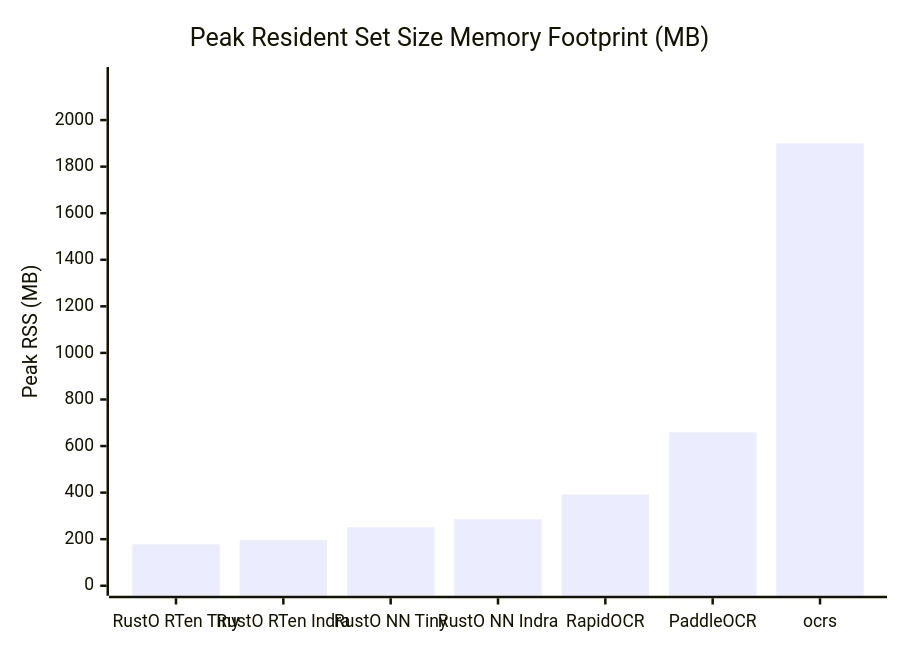
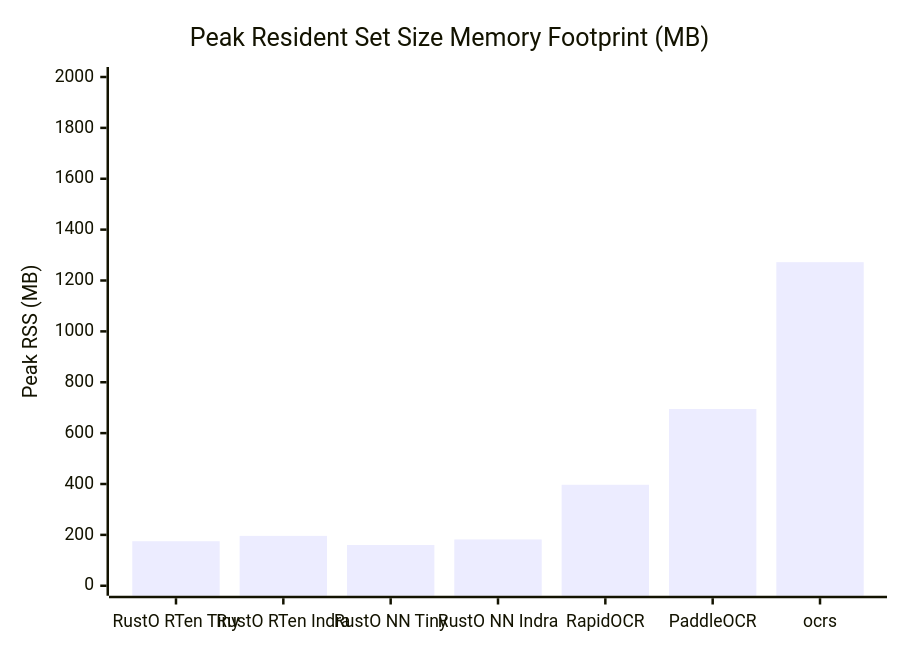
Before and after one commit to byrizki/rusto-rs: the third of 5 diagrams in benchmarks/omnidocbench/OMNIDOCBENCH_EVALUATION_REPORT.md, drawn with Mermaid. The commit also changed other lines of this file and 26 other files, not shown here.

````diff
--- a/benchmarks/omnidocbench/OMNIDOCBENCH_EVALUATION_REPORT.md
+++ b/benchmarks/omnidocbench/OMNIDOCBENCH_EVALUATION_REPORT.md
@@ -65,7 +65,7 @@
 ```mermaid
 xychart-beta
     title "Peak Resident Set Size Memory Footprint (MB)"
     x-axis ["RustO RTen Tiny", "RustO RTen Indra", "RustO NN Tiny", "RustO NN Indra", "RapidOCR", "PaddleOCR", "ocrs"]
-    y-axis "Peak RSS (MB)" 0 --> 2185
-    bar [178, 196, 251, 286, 392, 659, 1900]
+    y-axis "Peak RSS (MB)" 0 --> 2000
+    bar [175, 196, 160, 182, 397, 695, 1272]
 ```
````
